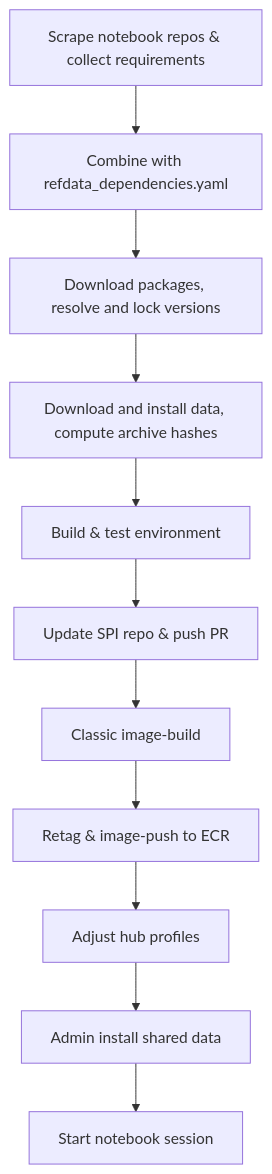
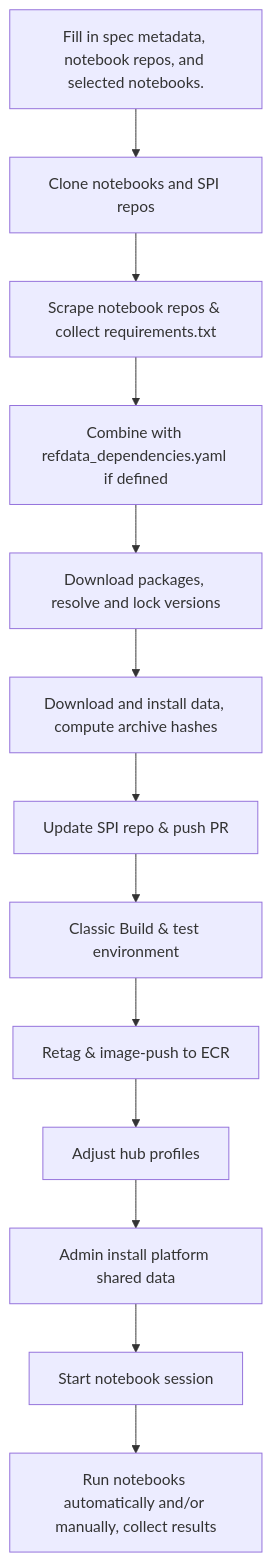
Before and after one commit to jaytmiller/nb-wrangler: the diagram in docs/classic.mmd, drawn with Mermaid. The commit also changed 2 other files, not shown here.

Commit message:
Updated classic flow diagram

```diff
--- a/docs/classic.mmd
+++ b/docs/classic.mmd
@@ -1,12 +1,14 @@
 graph TD
-    A[Scrape notebook repos & collect requirements] -->
-    B[Combine with refdata_dependencies.yaml] -->
+    A1[Fill in spec metadata, notebook repos, and selected notebooks.] -->
+    A2[Clone notebooks and SPI repos] -->
+    A3[Scrape notebook repos & collect requirements.txt] -->
+    B[Combine with refdata_dependencies.yaml if defined] -->
     C1[Download packages, resolve and lock versions] -->
     C2[Download and install data, compute archive hashes] -->
-    D[Build & test environment] -->
     E[Update SPI repo & push PR] -->
-    F[Classic image-build] -->
+    F[Classic Build & test environment] -->
     G[Retag & image-push to ECR] -->
     H[Adjust hub profiles] -->
-    I[Admin install shared data] -->
-    J[Start notebook session]
+    I[Admin install platform shared data] -->
+    J[Start notebook session] -->
+    K[Run notebooks automatically and/or manually, collect results]
```
